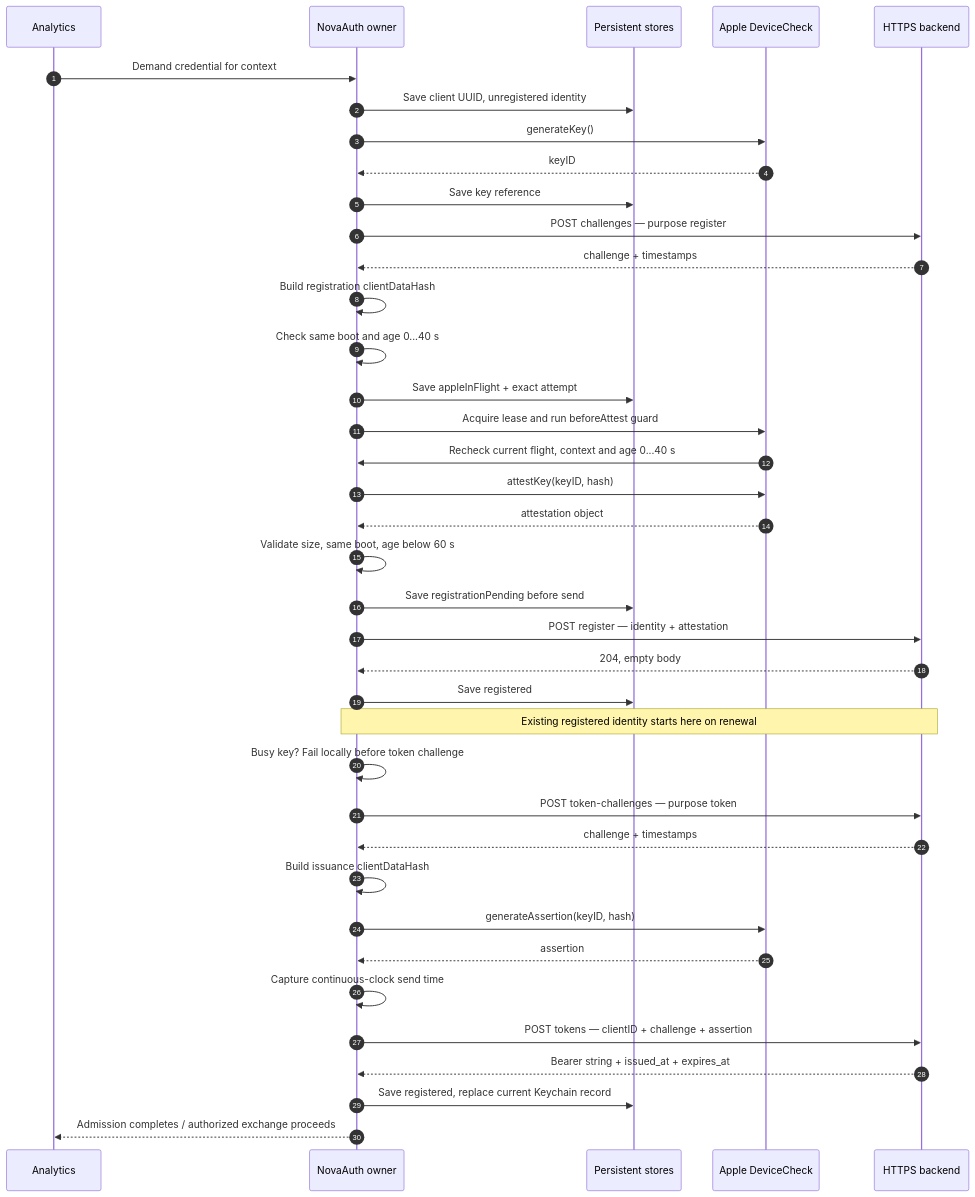
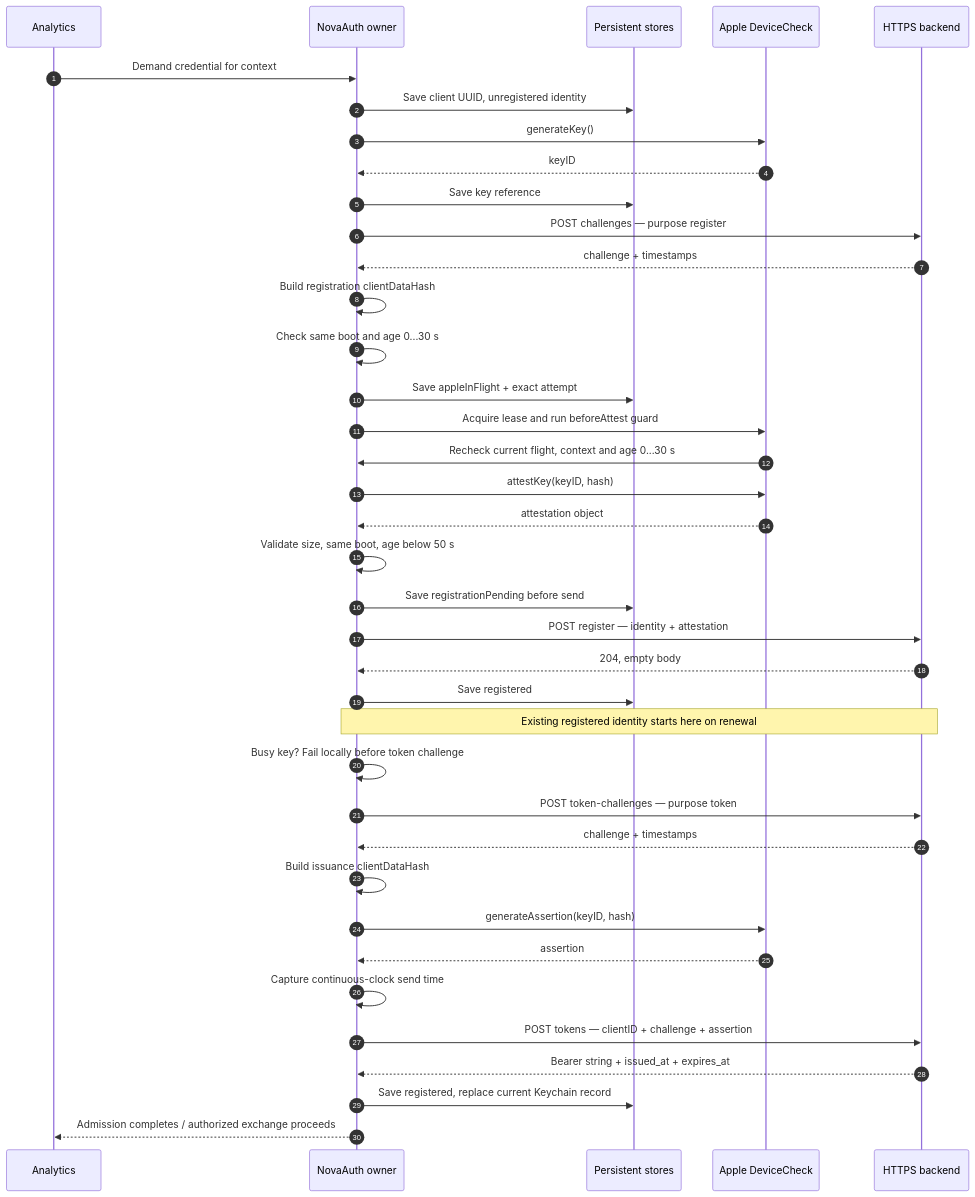
The second of 8 diagrams in .claude/docs/architecture/novaauth-client-diagrams.md (novasamatech/nova-wallet-ios), drawn with Mermaid before and after one commit. The commit also changed other lines of this file and 3 other files, not shown here.

````diff
--- a/.claude/docs/architecture/novaauth-client-diagrams.md
+++ b/.claude/docs/architecture/novaauth-client-diagrams.md
@@ -46,40 +46,40 @@
 ```mermaid
 sequenceDiagram
   autonumber
   participant C as Analytics
   participant N as NovaAuth owner
   participant S as Persistent stores
   participant A as Apple DeviceCheck
   participant H as HTTPS backend
   C->>N: Demand credential for context
   N->>S: Save client UUID, unregistered identity
   N->>A: generateKey()
   A-->>N: keyID
   N->>S: Save key reference
   N->>H: POST challenges — purpose register
   H-->>N: challenge + timestamps
   N->>N: Build registration clientDataHash
-  N->>N: Check same boot and age 0...40 s
+  N->>N: Check same boot and age 0...30 s
   N->>S: Save appleInFlight + exact attempt
   N->>A: Acquire lease and run beforeAttest guard
-  A->>N: Recheck current flight, context and age 0...40 s
+  A->>N: Recheck current flight, context and age 0...30 s
   N->>A: attestKey(keyID, hash)
   A-->>N: attestation object
-  N->>N: Validate size, same boot, age below 60 s
+  N->>N: Validate size, same boot, age below 50 s
   N->>S: Save registrationPending before send
   N->>H: POST register — identity + attestation
   H-->>N: 204, empty body
   N->>S: Save registered
   Note over N,H: Existing registered identity starts here on renewal
   N->>N: Busy key? Fail locally before token challenge
   N->>H: POST token-challenges — purpose token
   H-->>N: challenge + timestamps
   N->>N: Build issuance clientDataHash
   N->>A: generateAssertion(keyID, hash)
   A-->>N: assertion
   N->>N: Capture continuous-clock send time
   N->>H: POST tokens — clientID + challenge + assertion
   H-->>N: Bearer string + issued_at + expires_at
   N->>S: Save registered, replace current Keychain record
   N-->>C: Admission completes / authorized exchange proceeds
 ```
````
